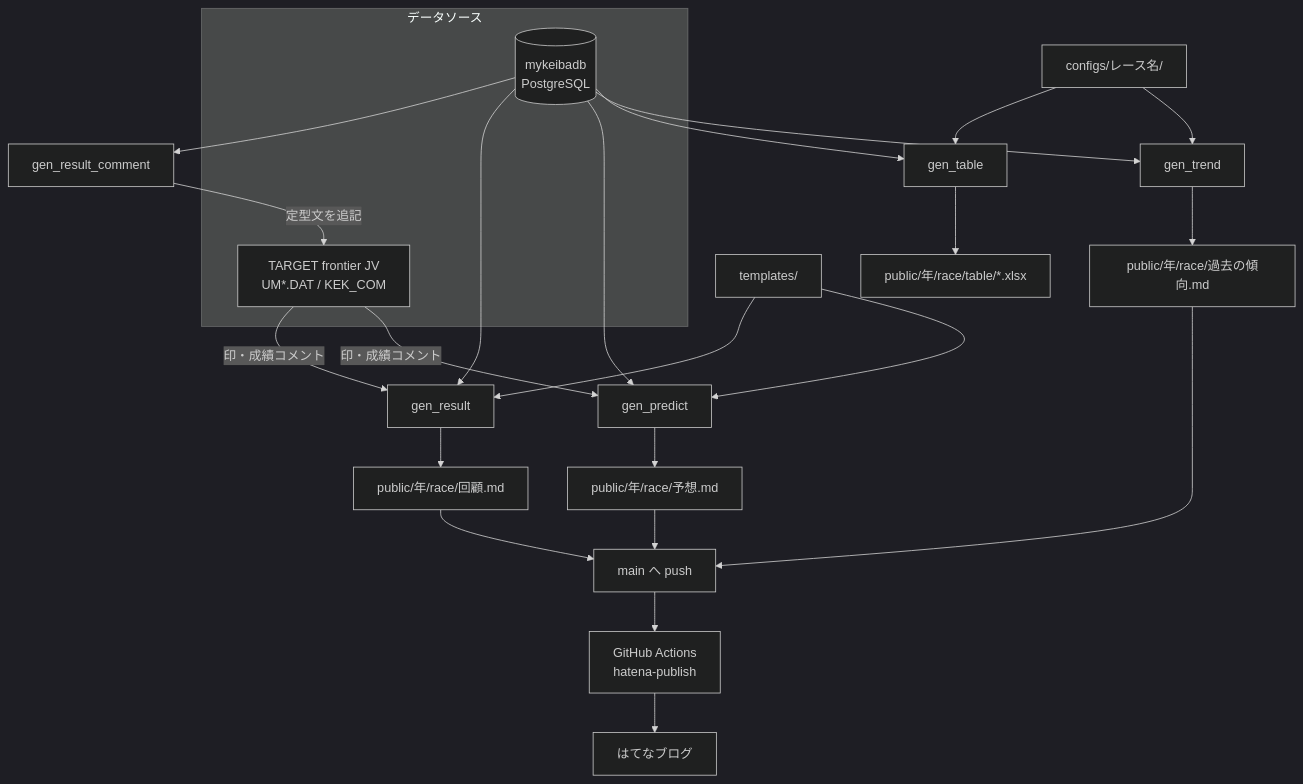
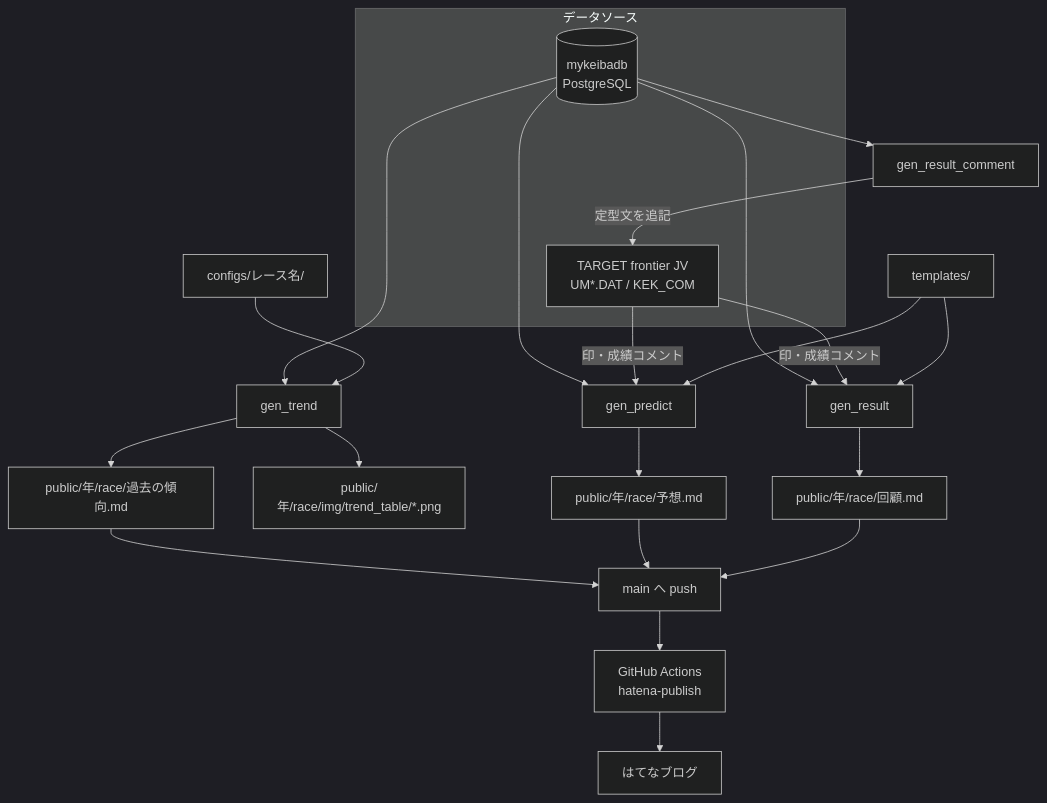
The diagram in docs/architecture.md (Kubo-Tech/g1-predict), drawn with Mermaid (dark theme) before and after one commit. The commit also changed other lines of this file and 67 other files, not shown here.

First line of the commit message:
過去の傾向に出走馬の該当馬列と比較表の画像を追加し、gen_table を廃止

````diff
--- a/docs/architecture.md
+++ b/docs/architecture.md
@@ -38,36 +38,34 @@
 ```mermaid
 flowchart TD
     subgraph src[データソース]
         DB[(mykeibadb<br/>PostgreSQL)]
         TFJV[TARGET frontier JV<br/>UM*.DAT / KEK_COM]
     end
 
     CFG[configs/レース名/]
     TPL[templates/]
 
     DB --> GT[gen_trend]
-    DB --> GTB[gen_table]
     DB --> GP[gen_predict]
     DB --> GR[gen_result]
     DB --> GRC[gen_result_comment]
 
     TFJV -- 印・成績コメント --> GP
     TFJV -- 印・成績コメント --> GR
     GRC -- 定型文を追記 --> TFJV
 
     CFG --> GT
-    CFG --> GTB
     TPL --> GP
     TPL --> GR
 
     GT --> MD1[public/年/race/過去の傾向.md]
-    GTB --> XLSX[public/年/race/table/*.xlsx]
+    GT --> IMG[public/年/race/img/trend_table/*.png]
     GP --> MD2[public/年/race/予想.md]
     GR --> MD3[public/年/race/回顧.md]
 
     MD1 --> PUSH[main へ push]
     MD2 --> PUSH
     MD3 --> PUSH
     PUSH --> GHA[GitHub Actions<br/>hatena-publish]
     GHA --> BLOG[はてなブログ]
 ```
````
